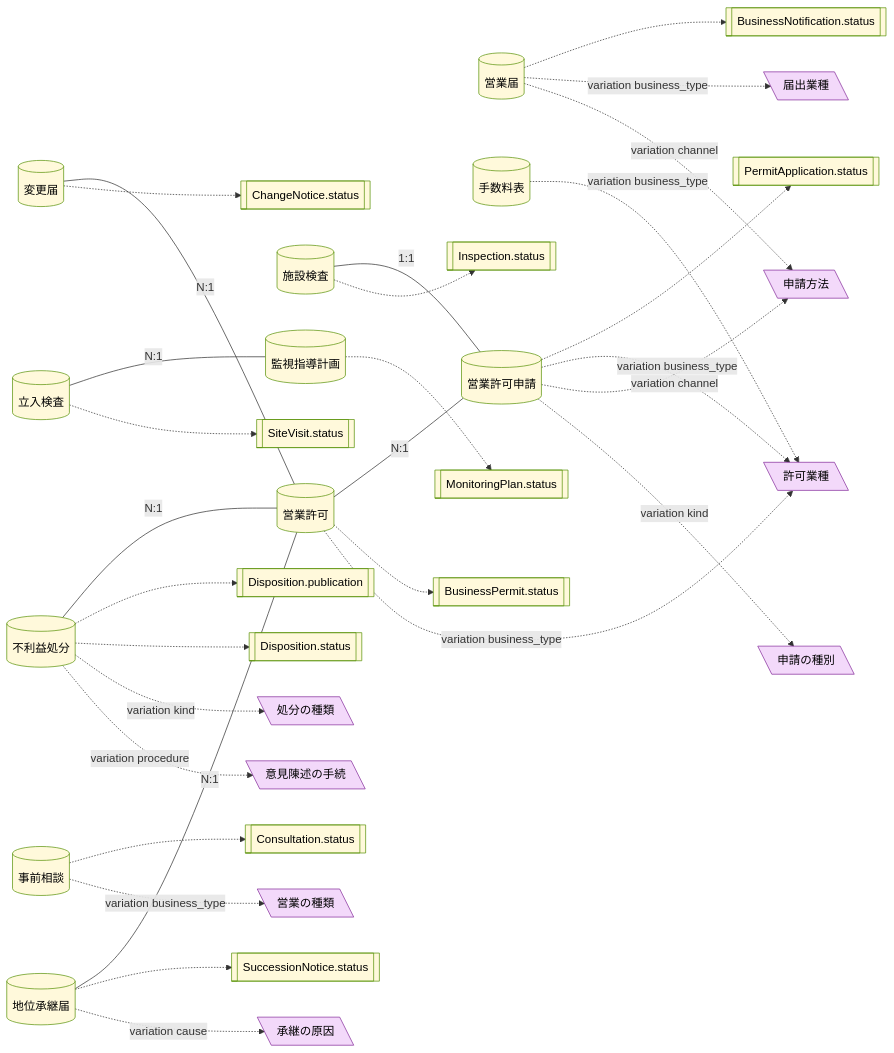
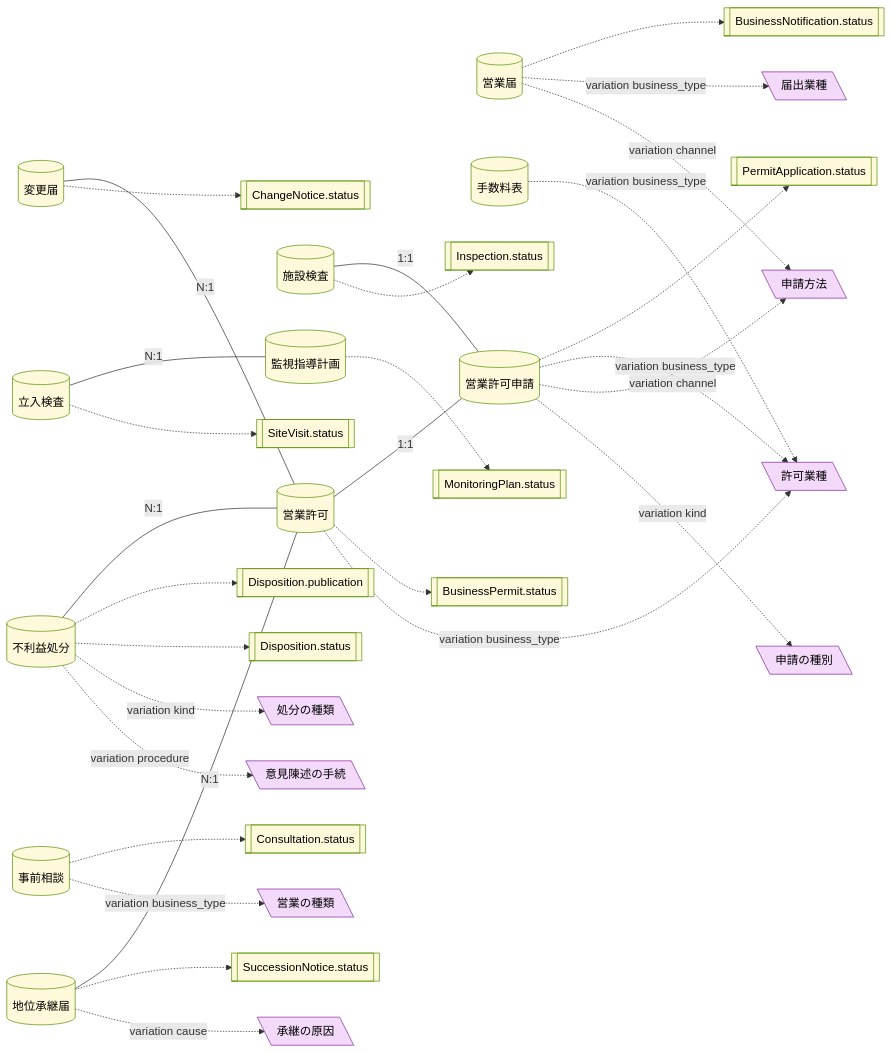
Before and after one commit to manji-0/rdra-ish-dsl: the diagram in samples/food-permit-ops/out/information.mmd, drawn with Mermaid. The commit also changed 26 other files, not shown here.

```diff
--- a/samples/food-permit-ops/out/information.mmd
+++ b/samples/food-permit-ops/out/information.mmd
@@ -1,65 +1,65 @@
 %% rdra-ish diagram=information scope=whole model=samples/food-permit-ops
 %% kinds: entity statemodel variation
 %% omitted: columns adr constraint usecase field api condition
 flowchart LR
   entity__BusinessNotification[("営業届")]:::entity
   entity__BusinessPermit[("営業許可")]:::entity
   entity__ChangeNotice[("変更届")]:::entity
   entity__Consultation[("事前相談")]:::entity
   entity__Disposition[("不利益処分")]:::entity
   entity__FeeSchedule[("手数料表")]:::entity
   entity__Inspection[("施設検査")]:::entity
   entity__MonitoringPlan[("監視指導計画")]:::entity
   entity__PermitApplication[("営業許可申請")]:::entity
   entity__SiteVisit[("立入検査")]:::entity
   entity__SuccessionNotice[("地位承継届")]:::entity
   statemodel__BusinessNotification_status[["BusinessNotification.status"]]:::statemodel
   statemodel__BusinessPermit_status[["BusinessPermit.status"]]:::statemodel
   statemodel__ChangeNotice_status[["ChangeNotice.status"]]:::statemodel
   statemodel__Consultation_status[["Consultation.status"]]:::statemodel
   statemodel__Disposition_publication[["Disposition.publication"]]:::statemodel
   statemodel__Disposition_status[["Disposition.status"]]:::statemodel
   statemodel__Inspection_status[["Inspection.status"]]:::statemodel
   statemodel__MonitoringPlan_status[["MonitoringPlan.status"]]:::statemodel
   statemodel__PermitApplication_status[["PermitApplication.status"]]:::statemodel
   statemodel__SiteVisit_status[["SiteVisit.status"]]:::statemodel
   statemodel__SuccessionNotice_status[["SuccessionNotice.status"]]:::statemodel
   variation__ApplicationKind[\"申請の種別"\]:::variation
   variation__BusinessType[\"営業の種類"\]:::variation
   variation__DispositionKind[\"処分の種類"\]:::variation
   variation__NotifiedBusinessType[\"届出業種"\]:::variation
   variation__OpinionProcedure[\"意見陳述の手続"\]:::variation
   variation__PermitBusinessType[\"許可業種"\]:::variation
   variation__SubmissionChannel[\"申請方法"\]:::variation
   variation__SuccessionCause[\"承継の原因"\]:::variation
   entity__BusinessNotification -.-> statemodel__BusinessNotification_status
   entity__BusinessNotification -.->|variation business_type| variation__NotifiedBusinessType
   entity__BusinessNotification -.->|variation channel| variation__SubmissionChannel
-  entity__BusinessPermit ---|N:1| entity__PermitApplication
+  entity__BusinessPermit ---|1:1| entity__PermitApplication
   entity__BusinessPermit -.-> statemodel__BusinessPermit_status
   entity__BusinessPermit -.->|variation business_type| variation__PermitBusinessType
   entity__ChangeNotice ---|N:1| entity__BusinessPermit
   entity__ChangeNotice -.-> statemodel__ChangeNotice_status
   entity__Consultation -.-> statemodel__Consultation_status
   entity__Consultation -.->|variation business_type| variation__BusinessType
   entity__Disposition ---|N:1| entity__BusinessPermit
   entity__Disposition -.-> statemodel__Disposition_publication
   entity__Disposition -.-> statemodel__Disposition_status
   entity__Disposition -.->|variation kind| variation__DispositionKind
   entity__Disposition -.->|variation procedure| variation__OpinionProcedure
   entity__FeeSchedule -.->|variation business_type| variation__PermitBusinessType
   entity__Inspection ---|1:1| entity__PermitApplication
   entity__Inspection -.-> statemodel__Inspection_status
   entity__MonitoringPlan -.-> statemodel__MonitoringPlan_status
   entity__PermitApplication -.-> statemodel__PermitApplication_status
   entity__PermitApplication -.->|variation business_type| variation__PermitBusinessType
   entity__PermitApplication -.->|variation channel| variation__SubmissionChannel
   entity__PermitApplication -.->|variation kind| variation__ApplicationKind
   entity__SiteVisit ---|N:1| entity__MonitoringPlan
   entity__SiteVisit -.-> statemodel__SiteVisit_status
   entity__SuccessionNotice ---|N:1| entity__BusinessPermit
   entity__SuccessionNotice -.-> statemodel__SuccessionNotice_status
   entity__SuccessionNotice -.->|variation cause| variation__SuccessionCause
   classDef entity fill:#fff9db,stroke:#5c940d,color:#000;
   classDef statemodel fill:#fff9db,stroke:#5c940d,color:#000;
   classDef variation fill:#f3d9fa,stroke:#862e9c,color:#000;
```
